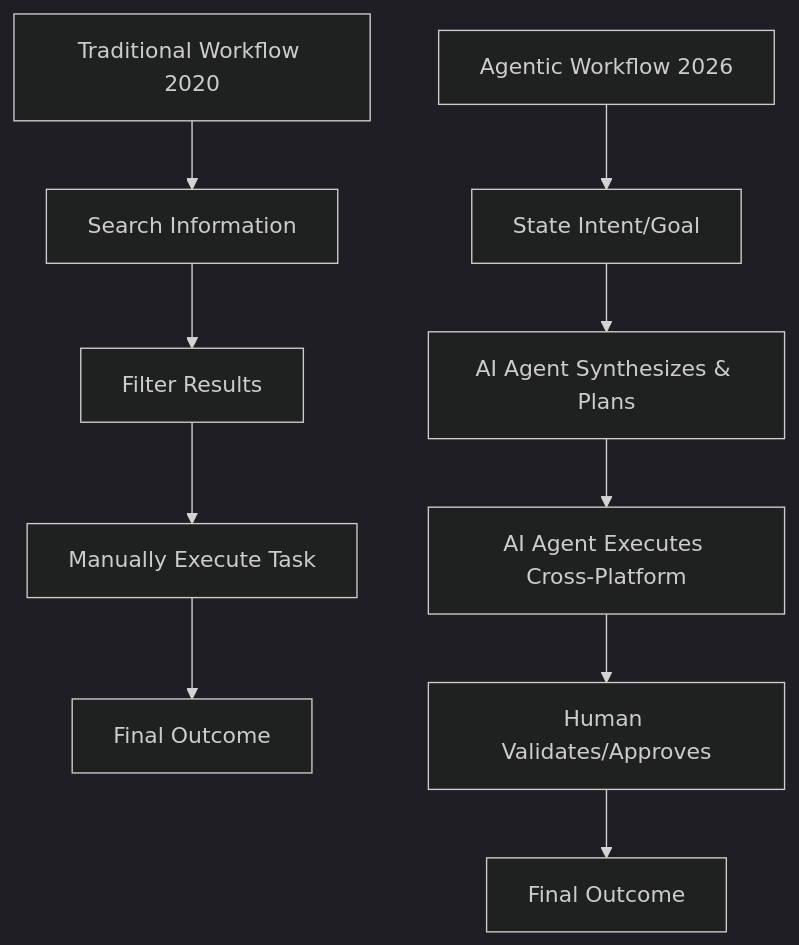
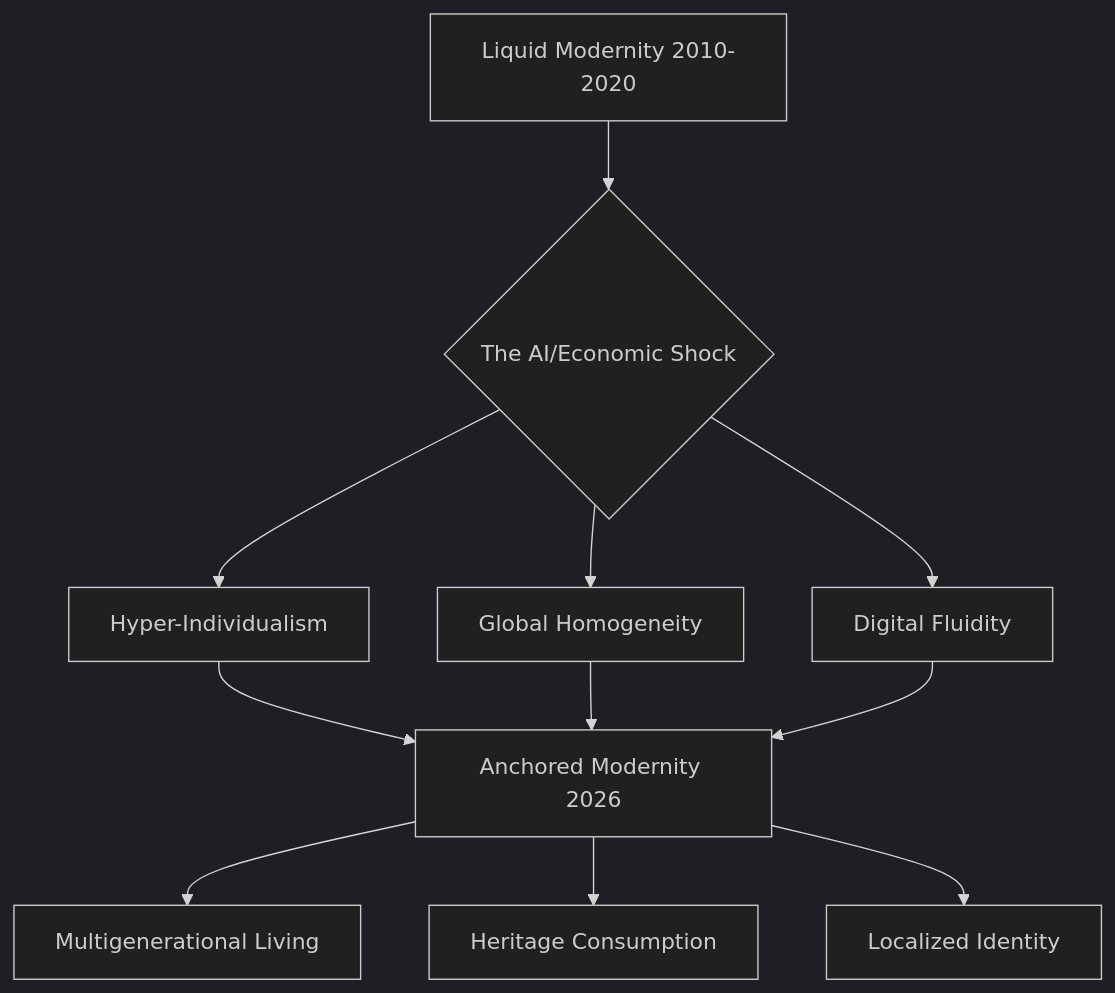
Before and after one commit to Thirupathi-pirate/ivy: the diagram in blog-source/_posts/2026-07-02-daily-life-and-culture-around-the-world.md, drawn with Mermaid (dark theme). The commit also changed other lines of this file, not shown here.

````diff
--- a/blog-source/_posts/2026-07-02-daily-life-and-culture-around-the-world.md
+++ b/blog-source/_posts/2026-07-02-daily-life-and-culture-around-the-world.md
@@ -40,13 +38,13 @@
 ```mermaid
 graph TD
-    A[Traditional Workflow 2020] --> B[Search Information]
-    B --> C[Filter Results]
-    C --> D[Manually Execute Task]
-    D --> E[Final Outcome]
-    
-    F[Agentic Workflow 2026] --> G[State Intent/Goal]
-    G --> H[AI Agent Synthesizes & Plans]
-    H --> I[AI Agent Executes Cross-Platform]
-    I --> J[Human Validates/Approves]
-    J --> K[Final Outcome]
+    A[Liquid Modernity 2010-2020] --> B{The AI/Economic Shock}
+    B --> C[Hyper-Individualism]
+    B --> D[Global Homogeneity]
+    B --> E[Digital Fluidity]
+    C --> F[Anchored Modernity 2026]
+    D --> F
+    E --> F
+    F --> G[Multigenerational Living]
+    F --> H[Heritage Consumption]
+    F --> I[Localized Identity]
 ```
````
